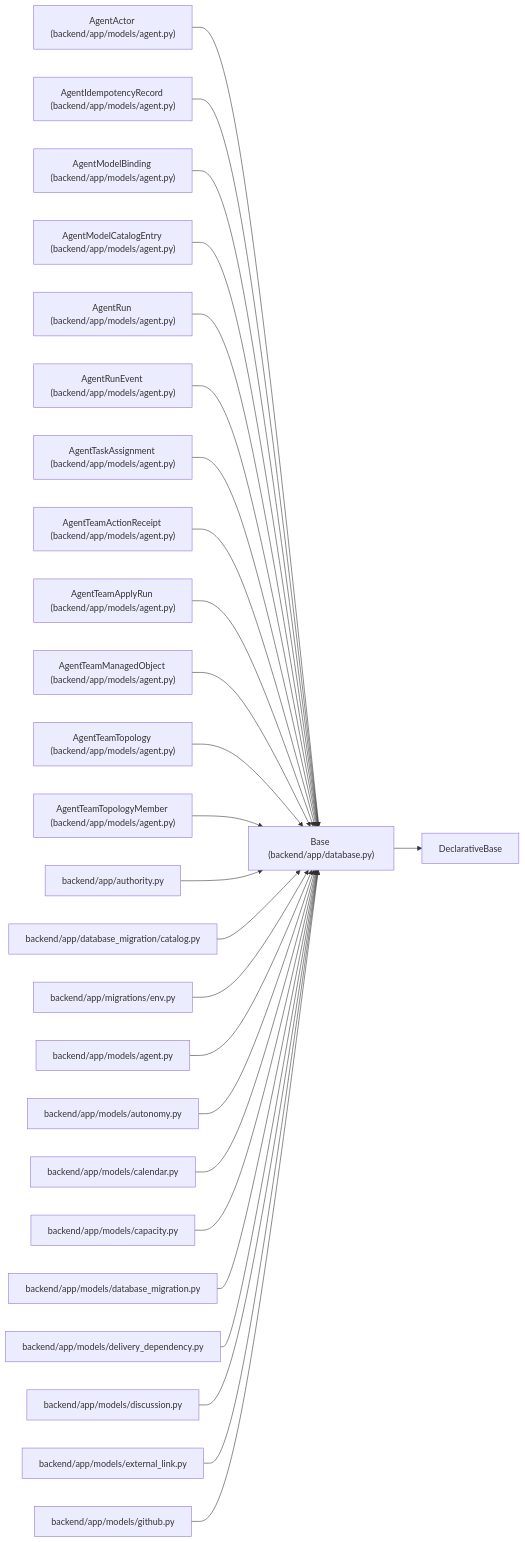
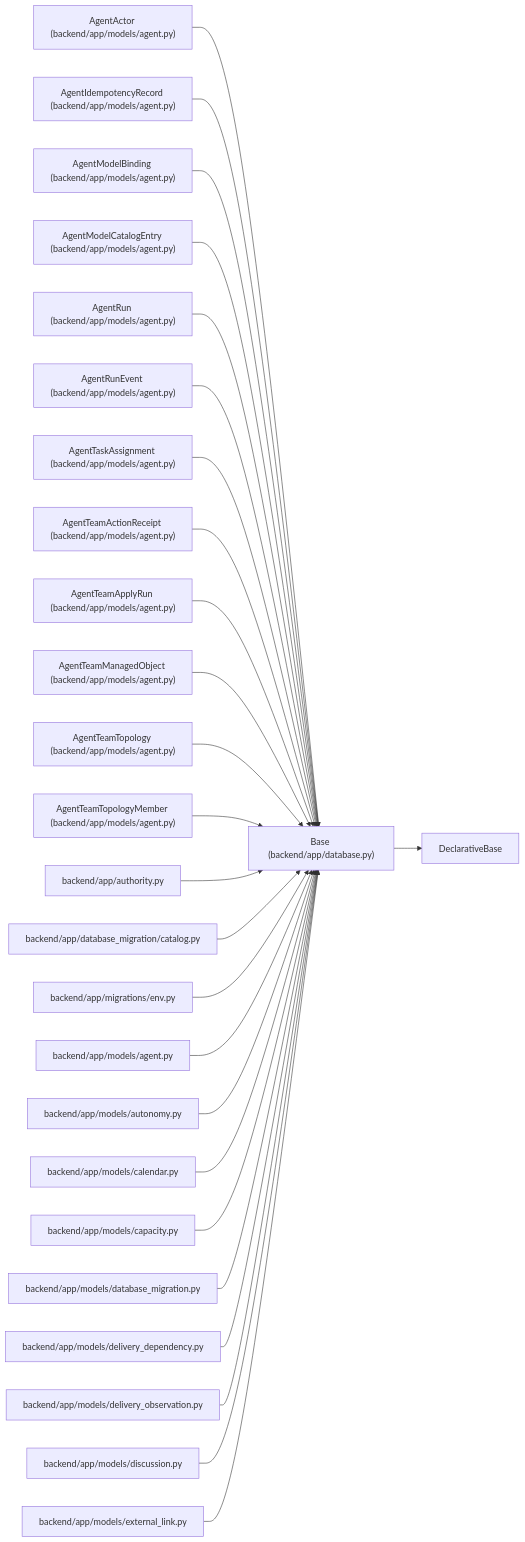
One commit to Denissvgn/WorkChord changed the diagram in docs/llm_wiki/entities/Base.md. Above: the diagram before and after it, drawn with Mermaid. The commit also changed other lines of this file and 628 other files, not shown here.

````diff
--- a/docs/llm_wiki/entities/Base.md
+++ b/docs/llm_wiki/entities/Base.md
@@ -23,79 +23,79 @@
 ```mermaid
 flowchart LR
     n0["Base (backend/app/database.py)"]
     n1["DeclarativeBase"]
     n2["AgentActor (backend/app/models/agent.py)"]
     n3["AgentIdempotencyRecord (backend/app/models/agent.py)"]
     n4["AgentModelBinding (backend/app/models/agent.py)"]
     n5["AgentModelCatalogEntry (backend/app/models/agent.py)"]
     n6["AgentRun (backend/app/models/agent.py)"]
     n7["AgentRunEvent (backend/app/models/agent.py)"]
     n8["AgentTaskAssignment (backend/app/models/agent.py)"]
     n9["AgentTeamActionReceipt (backend/app/models/agent.py)"]
     n10["AgentTeamApplyRun (backend/app/models/agent.py)"]
     n11["AgentTeamManagedObject (backend/app/models/agent.py)"]
     n12["AgentTeamTopology (backend/app/models/agent.py)"]
     n13["AgentTeamTopologyMember (backend/app/models/agent.py)"]
     n14["backend/app/authority.py"]
     n15["backend/app/database_migration/catalog.py"]
     n16["backend/app/migrations/env.py"]
     n17["backend/app/models/agent.py"]
     n18["backend/app/models/autonomy.py"]
     n19["backend/app/models/calendar.py"]
     n20["backend/app/models/capacity.py"]
     n21["backend/app/models/database_migration.py"]
     n22["backend/app/models/delivery_dependency.py"]
-    n23["backend/app/models/discussion.py"]
-    n24["backend/app/models/external_link.py"]
-    n25["backend/app/models/github.py"]
+    n23["backend/app/models/delivery_observation.py"]
+    n24["backend/app/models/discussion.py"]
+    n25["backend/app/models/external_link.py"]
     n0 --> n1
     n2 --> n0
     n3 --> n0
     n4 --> n0
     n5 --> n0
     n6 --> n0
     n7 --> n0
     n8 --> n0
     n9 --> n0
     n10 --> n0
     n11 --> n0
     n12 --> n0
     n13 --> n0
     n14 --> n0
     n15 --> n0
     n16 --> n0
     n17 --> n0
     n18 --> n0
     n19 --> n0
     n20 --> n0
     n21 --> n0
     n22 --> n0
     n23 --> n0
     n24 --> n0
     n25 --> n0
     click n0 "../modules/app_database.md"
     click n2 "../modules/models_agent.md"
     click n3 "../modules/models_agent.md"
     click n4 "../modules/models_agent.md"
     click n5 "../modules/models_agent.md"
     click n6 "../modules/models_agent.md"
     click n7 "../modules/models_agent.md"
     click n8 "../modules/models_agent.md"
     click n9 "../modules/models_agent.md"
     click n10 "../modules/models_agent.md"
     click n11 "../modules/models_agent.md"
     click n12 "../modules/models_agent.md"
     click n13 "../modules/models_agent.md"
     click n14 "../modules/authority.md"
     click n15 "../modules/catalog.md"
     click n16 "../modules/migrations_env.md"
     click n17 "../modules/models_agent.md"
     click n18 "../modules/models_autonomy.md"
     click n19 "../modules/models_calendar.md"
     click n20 "../modules/models_capacity.md"
     click n21 "../modules/models_database_migration.md"
     click n22 "../modules/delivery_dependency.md"
-    click n23 "../modules/models_discussion.md"
-    click n24 "../modules/models_external_link.md"
-    click n25 "../modules/models_github.md"
+    click n23 "../modules/delivery_observation.md"
+    click n24 "../modules/models_discussion.md"
+    click n25 "../modules/models_external_link.md"
 ```
````
